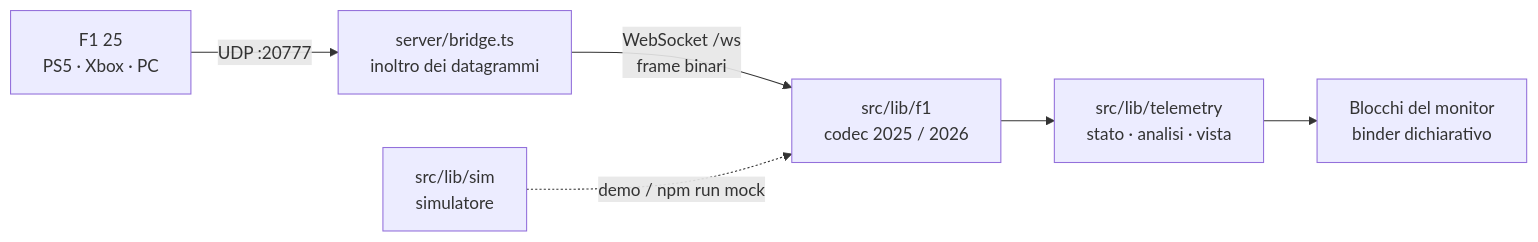
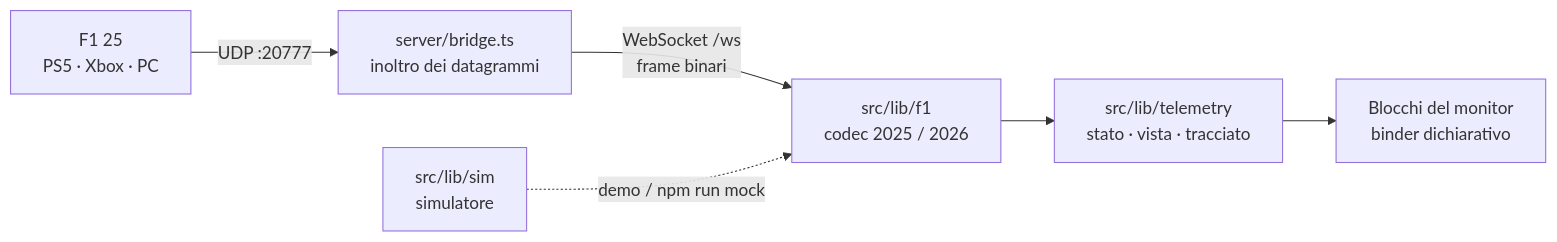
One commit to rkarmaaa/formula-monitor changed the diagram in README.md. Above: the diagram before and after it, drawn with Mermaid. The commit also changed other lines of this file and 140 other files, not shown here.

````diff
--- a/README.md
+++ b/README.md
@@ -92,8 +90,8 @@
 ```mermaid
 flowchart LR
   G["F1 25<br/>PS5 · Xbox · PC"] -- "UDP :20777" --> B["server/bridge.ts<br/>inoltro dei datagrammi"]
   B -- "WebSocket /ws<br/>frame binari" --> C["src/lib/f1<br/>codec 2025 / 2026"]
-  C --> S["src/lib/telemetry<br/>stato · analisi · vista"]
+  C --> S["src/lib/telemetry<br/>stato · vista · tracciato"]
   S --> W["Blocchi del monitor<br/>binder dichiarativo"]
   D["src/lib/sim<br/>simulatore"] -. "demo / npm run mock" .-> C
 ```
````
